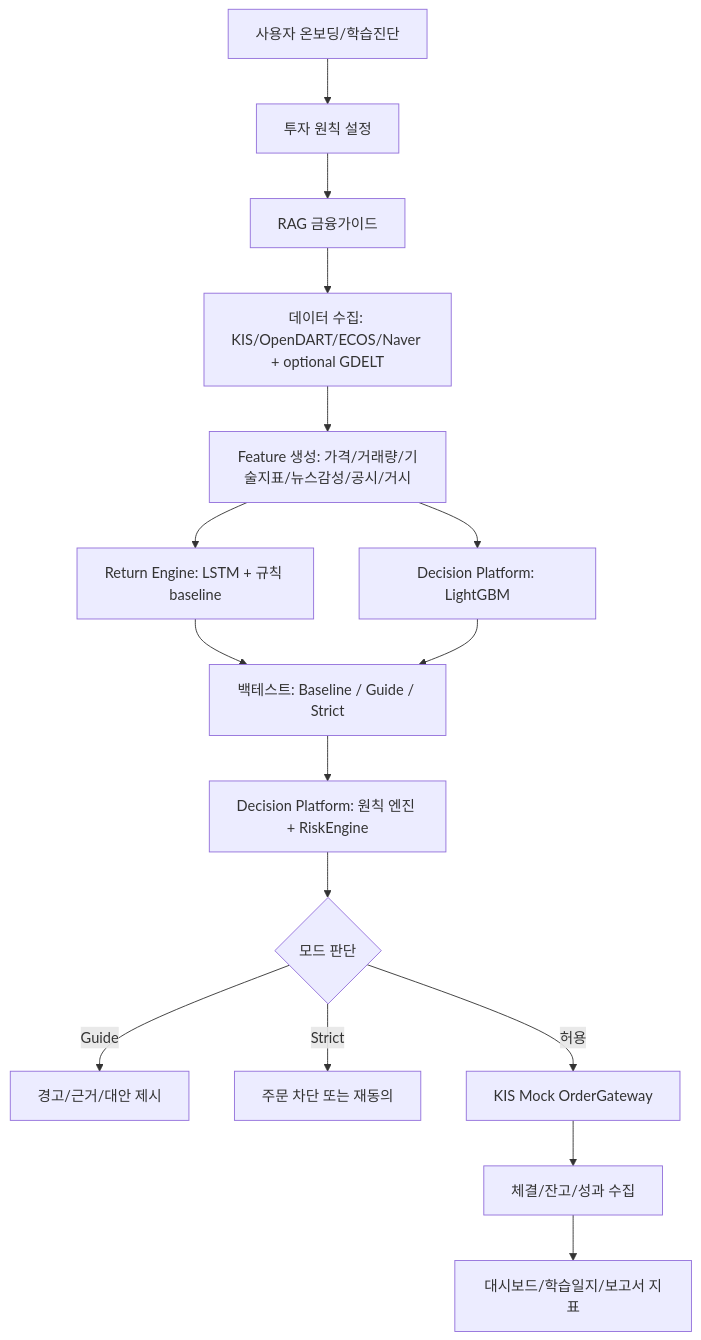
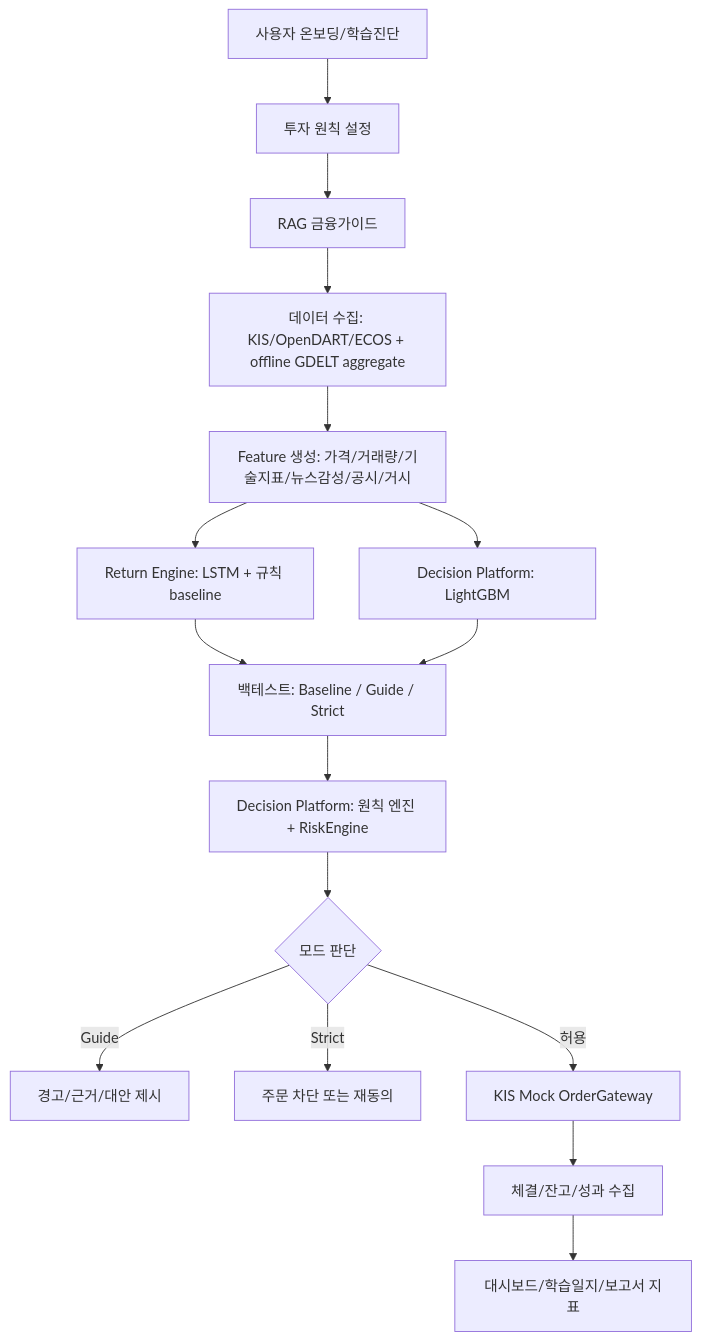
Before and after one commit to robinhood0107/Capstone-AI-Trading-Coach: the diagram in docs/최종_프로젝트_명세서.md, drawn with Mermaid. The commit also changed other lines of this file and 7 other files, not shown here.

Commit message:
docs(S1.3G): Naver 퇴역과 GDELT 권한 명시 #20

````diff
--- a/docs/최종_프로젝트_명세서.md
+++ b/docs/최종_프로젝트_명세서.md
@@ -317,18 +327,18 @@
 ```mermaid
 flowchart TD
   A["사용자 온보딩/학습진단"] --> B["투자 원칙 설정"]
   B --> C["RAG 금융가이드"]
-  C --> D["데이터 수집: KIS/OpenDART/ECOS/Naver + optional GDELT"]
+  C --> D["데이터 수집: KIS/OpenDART/ECOS + offline GDELT aggregate"]
   D --> E["Feature 생성: 가격/거래량/기술지표/뉴스감성/공시/거시"]
   E --> F["Return Engine: LSTM + 규칙 baseline"]
   E --> LG["Decision Platform: LightGBM"]
   F --> G["백테스트: Baseline / Guide / Strict"]
   LG --> G
   G --> H["Decision Platform: 원칙 엔진 + RiskEngine"]
   H --> I{"모드 판단"}
   I -->|Guide| J["경고/근거/대안 제시"]
   I -->|Strict| K["주문 차단 또는 재동의"]
   I -->|허용| L["KIS Mock OrderGateway"]
   L --> M["체결/잔고/성과 수집"]
   M --> N["대시보드/학습일지/보고서 지표"]
 ```
````
